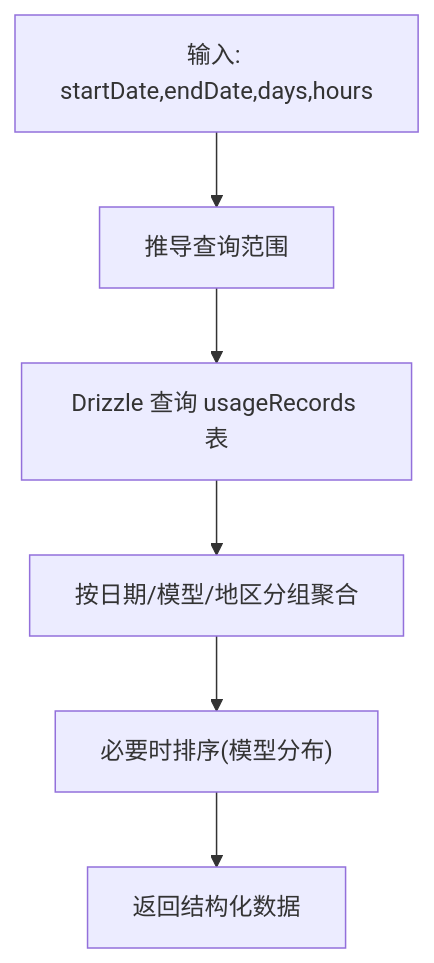
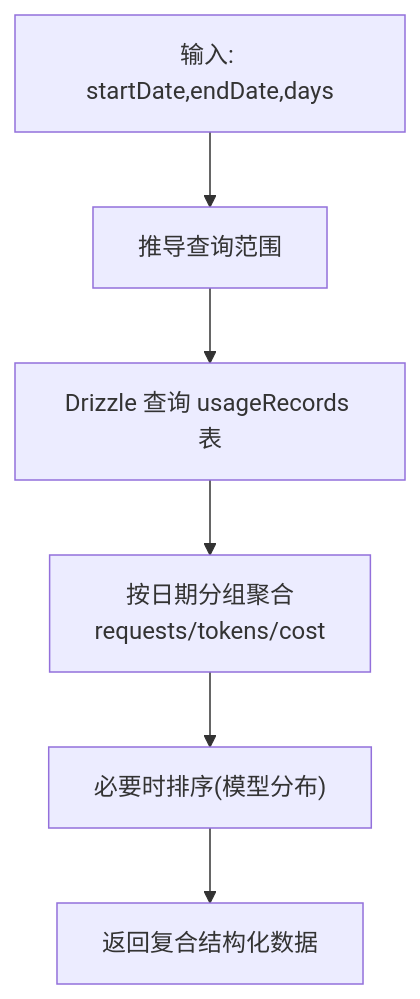
Before and after one commit to RadiumAg/AIGate: the tenth of 13 diagrams in .qoder/repowiki/zh/content/监控与分析/监控与分析.md, drawn with Mermaid. The commit also changed other lines of this file and 30 other files, not shown here.

````diff
--- a/.qoder/repowiki/zh/content/监控与分析/监控与分析.md
+++ b/.qoder/repowiki/zh/content/监控与分析/监控与分析.md
@@ -303,8 +365,8 @@
 ```mermaid
 flowchart TD
-QStart["输入: startDate,endDate,days,hours"] --> Range["推导查询范围"]
+QStart["输入: startDate,endDate,days"] --> Range["推导查询范围"]
 Range --> Query["Drizzle 查询 usageRecords 表"]
-Query --> Group["按日期/模型/地区分组聚合"]
+Query --> Group["按日期分组聚合<br/>requests/tokens/cost"]
 Group --> Sort["必要时排序(模型分布)"]
-Sort --> Result["返回结构化数据"]
+Sort --> Result["返回复合结构化数据"]
 ```
````
